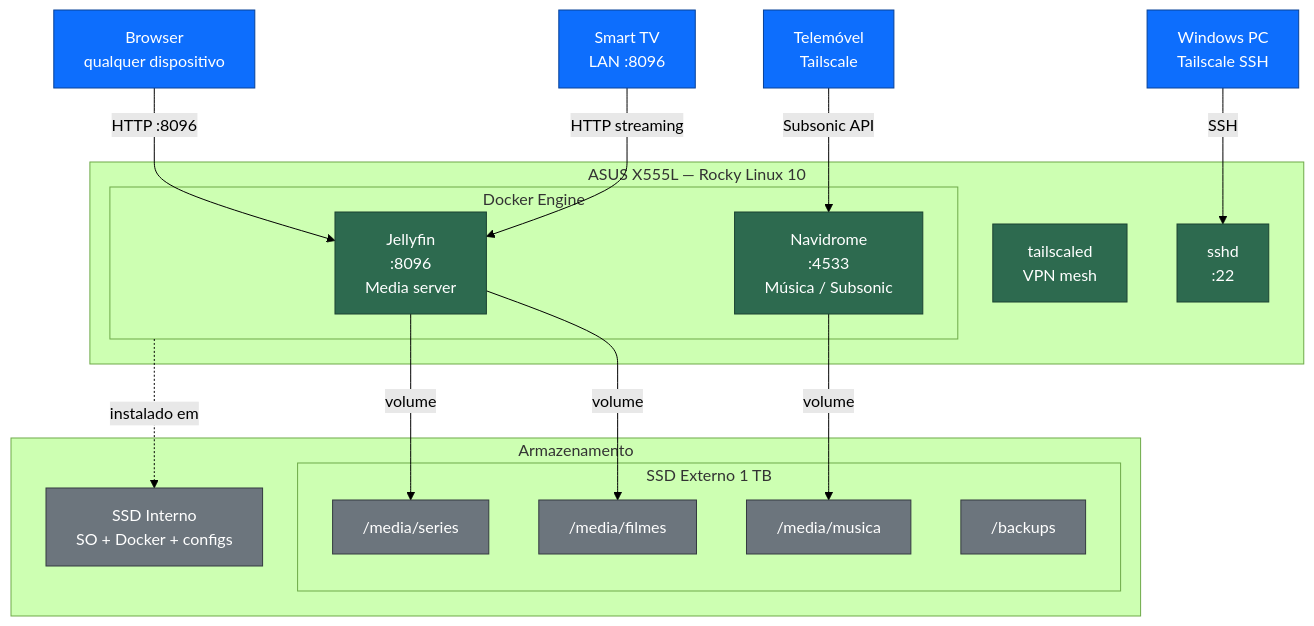
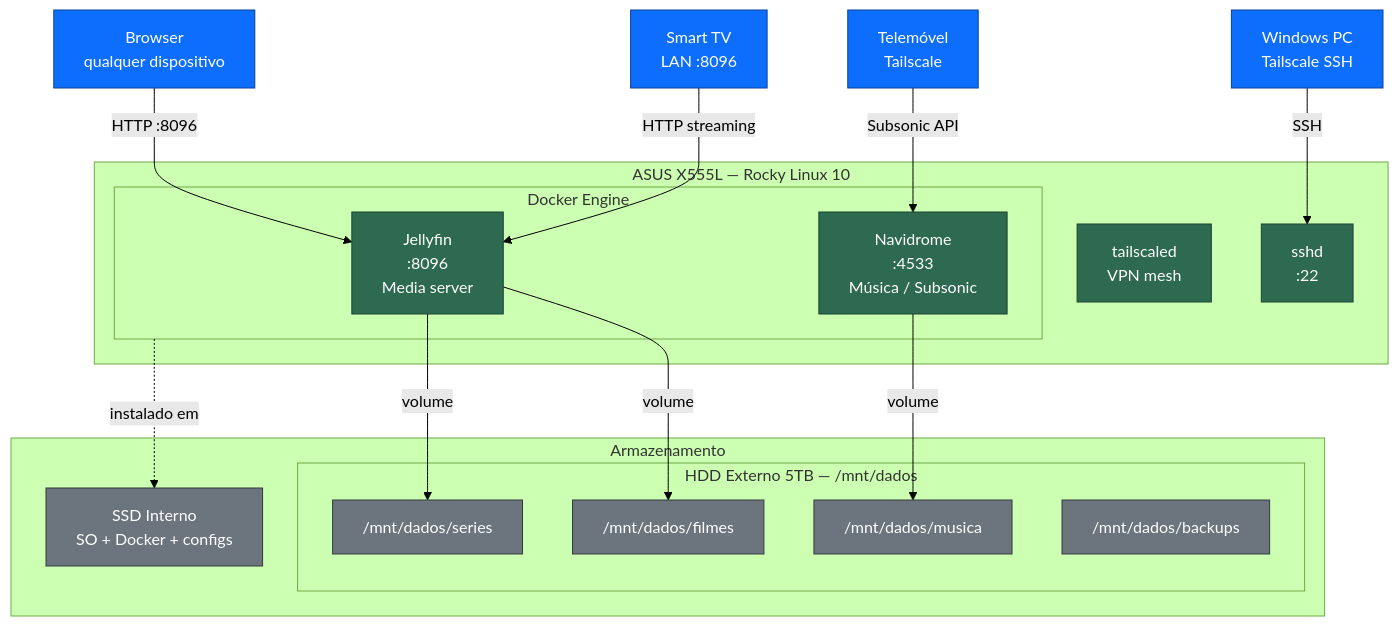
The second of 3 diagrams in docs/diagrama-rede.md (Kroatoan1979/001-26-home-server), drawn with Mermaid (forest theme) before and after one commit. The commit also changed other lines of this file and 19 other files, not shown here.

First line of the commit message:
feat: configurar Avahi (mDNS) e montar HDD externo 5TB no homeserver

````diff
--- a/docs/diagrama-rede.md
+++ b/docs/diagrama-rede.md
@@ -67,42 +61,42 @@
 ```mermaid
 graph TB
     subgraph Server["ASUS X555L — Rocky Linux 10"]
         Tailscaled["tailscaled\nVPN mesh"]
         SSHD["sshd\n:22"]
 
         subgraph Docker["Docker Engine"]
             Jellyfin["Jellyfin\n:8096\nMedia server"]
             Navidrome["Navidrome\n:4533\nMúsica / Subsonic"]
         end
     end
 
     subgraph Storage["Armazenamento"]
         SSD_int["SSD Interno\nSO + Docker + configs"]
-        subgraph SSD_ext["SSD Externo 1 TB"]
-            Filmes["/media/filmes"]
-            Series["/media/series"]
-            Musica["/media/musica"]
-            Backups["/backups"]
+        subgraph HDD_ext["HDD Externo 5TB — /mnt/dados"]
+            Filmes["/mnt/dados/filmes"]
+            Series["/mnt/dados/series"]
+            Musica["/mnt/dados/musica"]
+            Backups["/mnt/dados/backups"]
         end
     end
 
     Docker -.->|"instalado em"| SSD_int
 
     Jellyfin -->|"volume"| Filmes
     Jellyfin -->|"volume"| Series
     Navidrome -->|"volume"| Musica
 
     TV["Smart TV\nLAN :8096"] -->|"HTTP streaming"| Jellyfin
     WinPC["Windows PC\nTailscale SSH"] -->|"SSH"| SSHD
     Phone["Telemóvel\nTailscale"] -->|"Subsonic API"| Navidrome
     Browser["Browser\nqualquer dispositivo"] -->|"HTTP :8096"| Jellyfin
 
     classDef service fill:#2d6a4f,color:#fff,stroke:#1b4332
     classDef storage fill:#6c757d,color:#fff,stroke:#343a40
     classDef client fill:#0d6efd,color:#fff,stroke:#084298
     classDef media fill:#495057,color:#fff,stroke:#212529
 
     class Jellyfin,Navidrome,SSHD,Tailscaled service
     class SSD_int,Filmes,Series,Musica,Backups,Backups storage
     class TV,WinPC,Phone,Browser client
 ```
````
